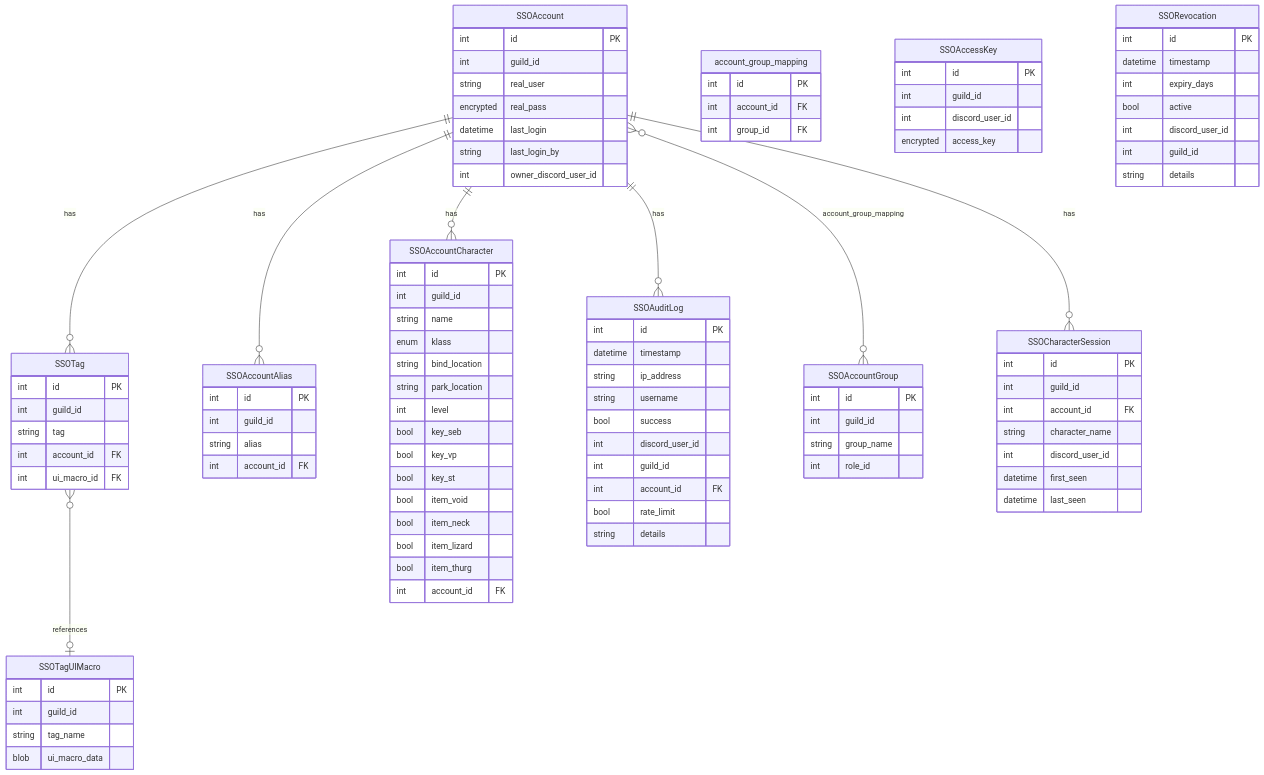
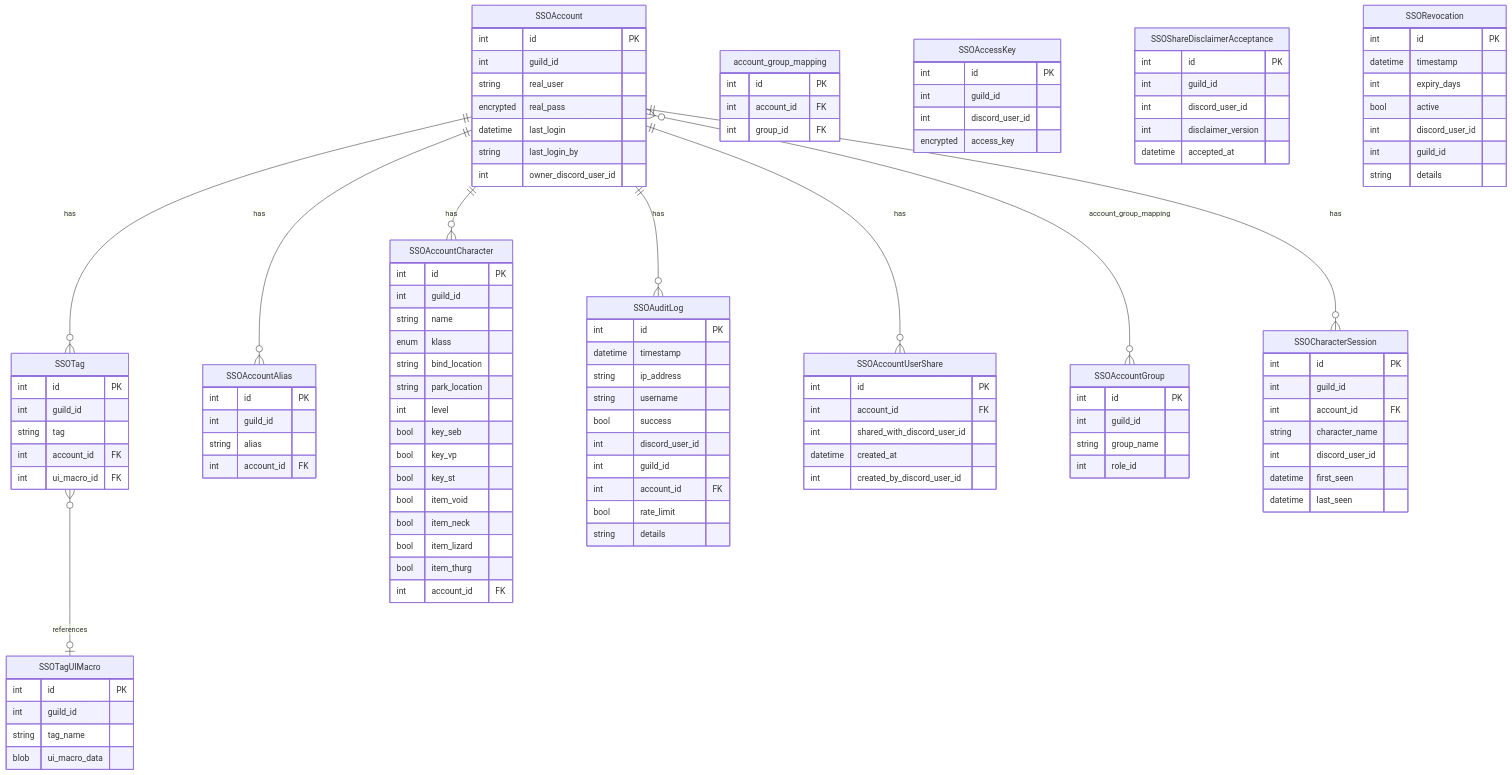
The diagram in erd/sso_schema.md (eq-p99-tools/roboToald), drawn with Mermaid before and after one commit. The commit also changed other lines of this file and 9 other files, not shown here.

First line of the commit message:
Add direct user-to-user account sharing with safety disclaimer

```diff
--- a/erd/sso_schema.md
+++ b/erd/sso_schema.md
@@ -12,6 +12,7 @@
     SSOAccount ||--o{ SSOAccountAlias : "has"
     SSOAccount ||--o{ SSOAccountCharacter : "has"
     SSOAccount ||--o{ SSOAuditLog : "has"
+    SSOAccount ||--o{ SSOAccountUserShare : "has"
     SSOAccount }o--o{ SSOAccountGroup : "account_group_mapping"
     SSOTag }o--o| SSOTagUIMacro : "references"
     SSOAccount ||--o{ SSOCharacterSession : "has"
@@ -68,6 +69,22 @@
         int account_id FK
     }
 
+    SSOAccountUserShare {
+        int id PK
+        int account_id FK
+        int shared_with_discord_user_id
+        datetime created_at
+        int created_by_discord_user_id
+    }
+
+    SSOShareDisclaimerAcceptance {
+        int id PK
+        int guild_id
+        int discord_user_id
+        int disclaimer_version
+        datetime accepted_at
+    }
+
     SSOAccountCharacter {
         int id PK
         int guild_id
```
